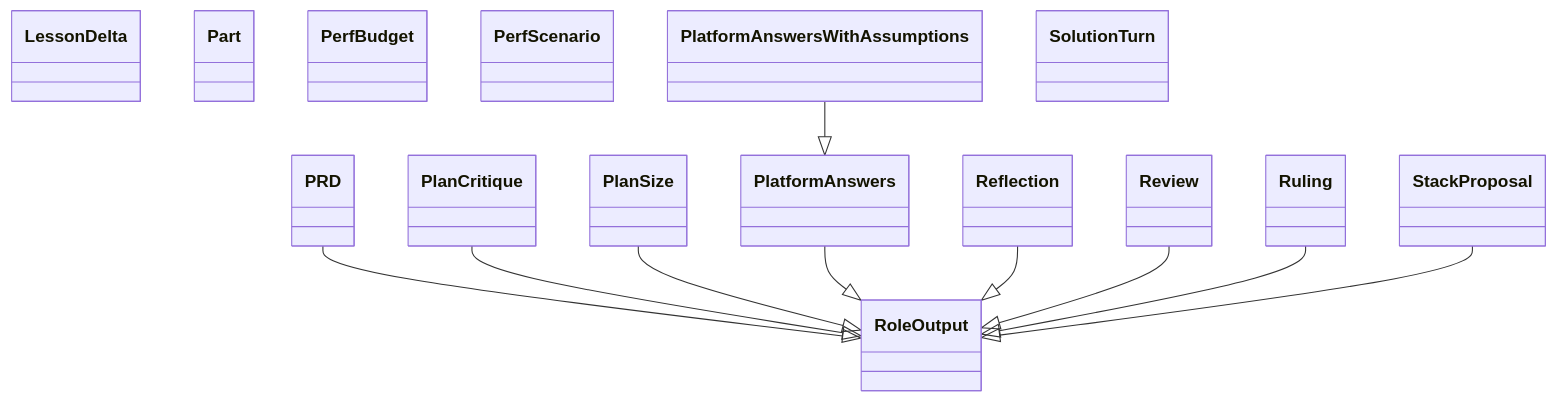
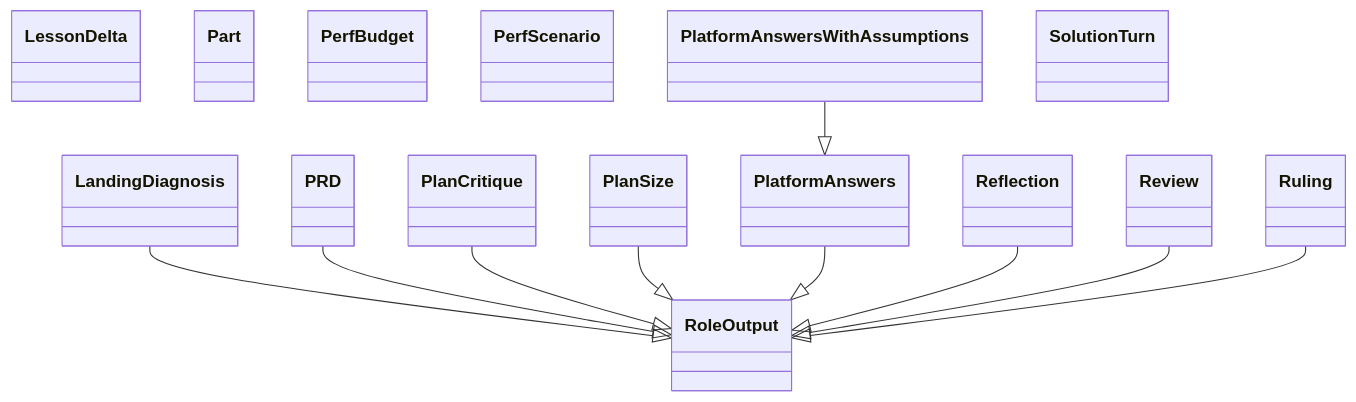
The diagram in docs/architecture/generated/classes-process-domain-roles-4.md (GonzaloZevallos/agentic-system), drawn with Mermaid before and after one commit. The commit also changed other lines of this file and 4 other files, not shown here.

Commit message:
Regenerate the architecture docs for the definition sizer and the moved predicate

````diff
--- a/docs/architecture/generated/classes-process-domain-roles-4.md
+++ b/docs/architecture/generated/classes-process-domain-roles-4.md
@@ -32,27 +32,27 @@
 ```mermaid
 classDiagram
+    class schemas__LandingDiagnosis["LandingDiagnosis"]
     class schemas__LessonDelta["LessonDelta"]
     class schemas__PRD["PRD"]
     class schemas__Part["Part"]
     class schemas__PerfBudget["PerfBudget"]
     class schemas__PerfScenario["PerfScenario"]
     class schemas__PlanCritique["PlanCritique"]
     class schemas__PlanSize["PlanSize"]
     class schemas__PlatformAnswers["PlatformAnswers"]
     class schemas__PlatformAnswersWithAssumptions["PlatformAnswersWithAssumptions"]
     class schemas__Reflection["Reflection"]
     class schemas__Review["Review"]
     class schemas__RoleOutput["RoleOutput"]
     class schemas__Ruling["Ruling"]
     class schemas__SolutionTurn["SolutionTurn"]
-    class schemas__StackProposal["StackProposal"]
+    schemas__LandingDiagnosis --|> schemas__RoleOutput
     schemas__PRD --|> schemas__RoleOutput
     schemas__PlanCritique --|> schemas__RoleOutput
     schemas__PlanSize --|> schemas__RoleOutput
     schemas__PlatformAnswers --|> schemas__RoleOutput
     schemas__PlatformAnswersWithAssumptions --|> schemas__PlatformAnswers
     schemas__Reflection --|> schemas__RoleOutput
     schemas__Review --|> schemas__RoleOutput
     schemas__Ruling --|> schemas__RoleOutput
-    schemas__StackProposal --|> schemas__RoleOutput
 ```
````
